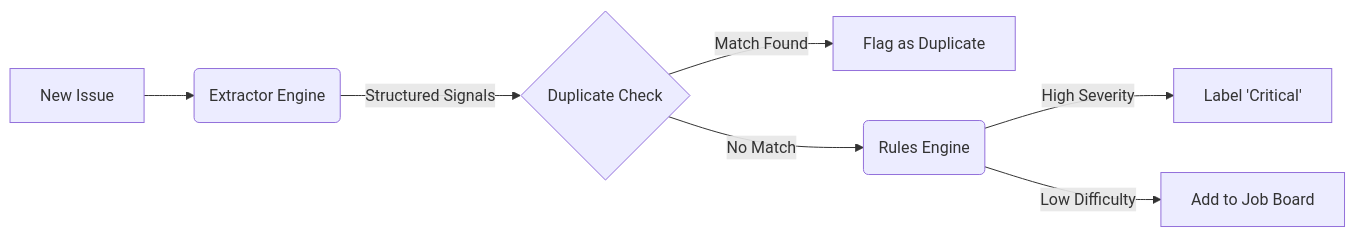
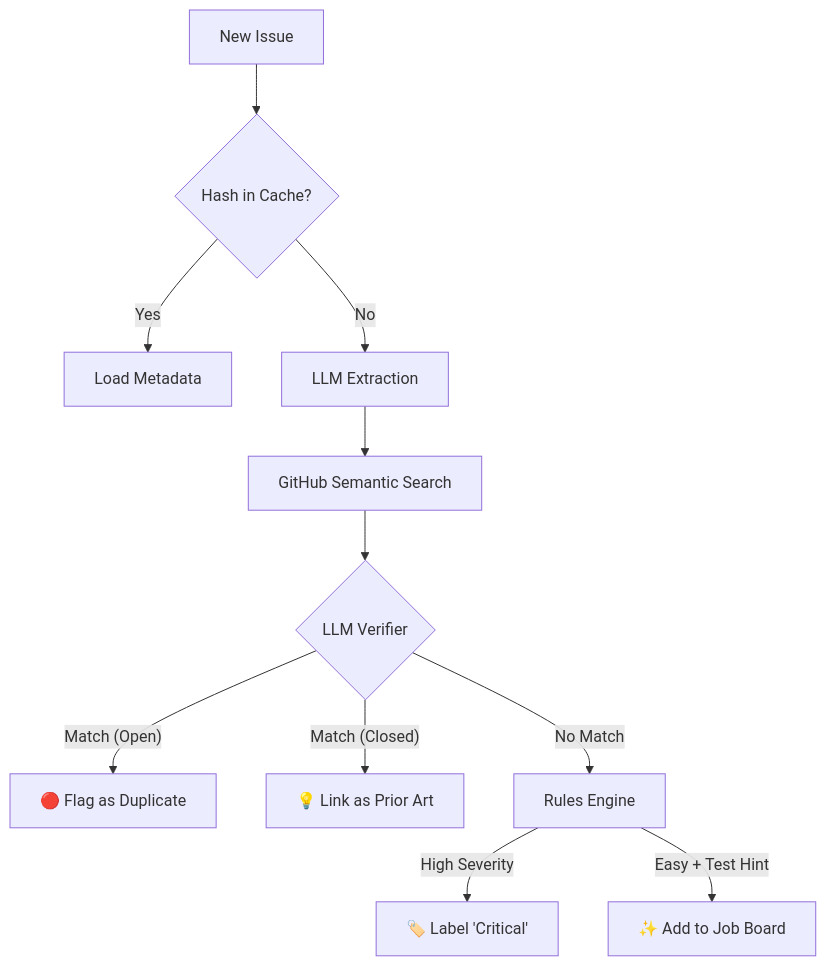
The diagram in README.md (evenindividual04/issueops), drawn with Mermaid before and after one commit. The commit also changed other lines of this file, not shown here.

Commit message:
Docs: Update README with V2 features (Test Radar, Prior Art) and new architecture diagram

````diff
--- a/README.md
+++ b/README.md
@@ -17,9 +17,16 @@
 ```mermaid
-graph LR
-    A[New Issue] --> B(Extractor Engine);
-    B -->|Structured Signals| C{Duplicate Check};
-    C -- Match Found --> D[Flag as Duplicate];
-    C -- No Match --> E(Rules Engine);
-    E -->|High Severity| F[Label 'Critical'];
-    E -->|Low Difficulty| G[Add to Job Board];
+graph TD
+    Start[New Issue] --> Cache{Hash in Cache?};
+    Cache -- Yes --> Load[Load Metadata];
+    Cache -- No --> Extract[LLM Extraction];
+    
+    Extract --> Search[GitHub Semantic Search];
+    Search --> Verify{LLM Verifier};
+    
+    Verify -- "Match (Open)" --> Dup[🔴 Flag as Duplicate];
+    Verify -- "Match (Closed)" --> Art[💡 Link as Prior Art];
+    Verify -- "No Match" --> Rules[Rules Engine];
+    
+    Rules -->|High Severity| Label[🏷️ Label 'Critical'];
+    Rules -->|Easy + Test Hint| Board[✨ Add to Job Board];
 ```
````
